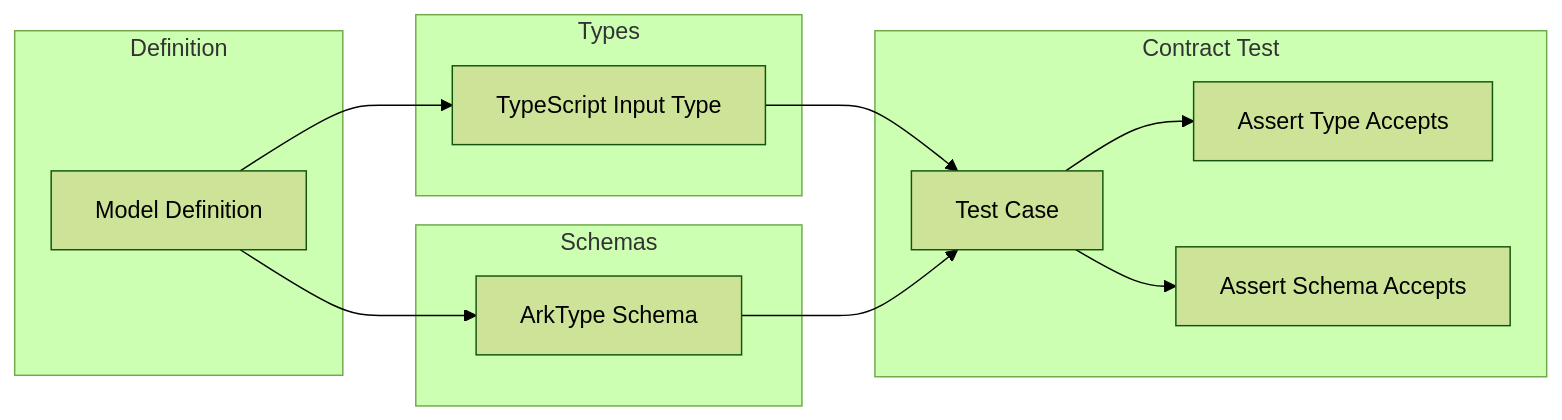
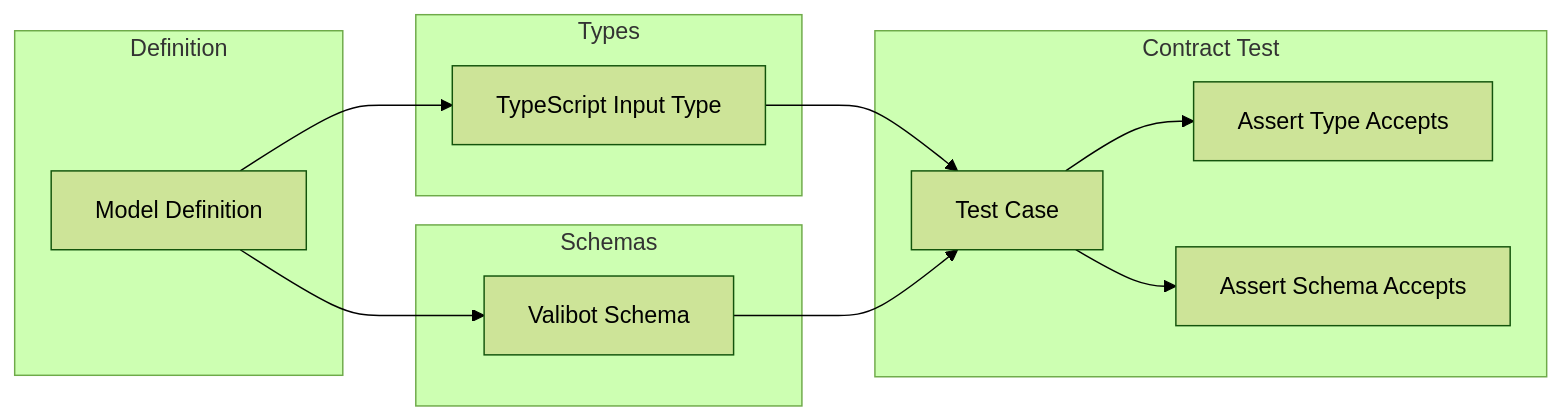
The second of 2 diagrams in docs/content/docs/internals/contract.mdx (beynar/viborm), drawn with Mermaid (forest theme) before and after one commit. The commit also changed other lines of this file and 38 other files, not shown here.

````diff
--- a/docs/content/docs/internals/contract.mdx
+++ b/docs/content/docs/internals/contract.mdx
@@ -85,27 +85,27 @@
 ```mermaid
 flowchart LR
     subgraph Definition
         M[Model Definition]
     end
 
     subgraph Types
         TI[TypeScript Input Type]
     end
 
     subgraph Schemas
-        AS[ArkType Schema]
+        VS[Valibot Schema]
     end
 
     subgraph Test["Contract Test"]
         TC[Test Case]
         A[Assert Type Accepts]
         B[Assert Schema Accepts]
     end
 
     M --> TI
-    M --> AS
+    M --> VS
     TI --> TC
-    AS --> TC
+    VS --> TC
     TC --> A
     TC --> B
 ```
````
